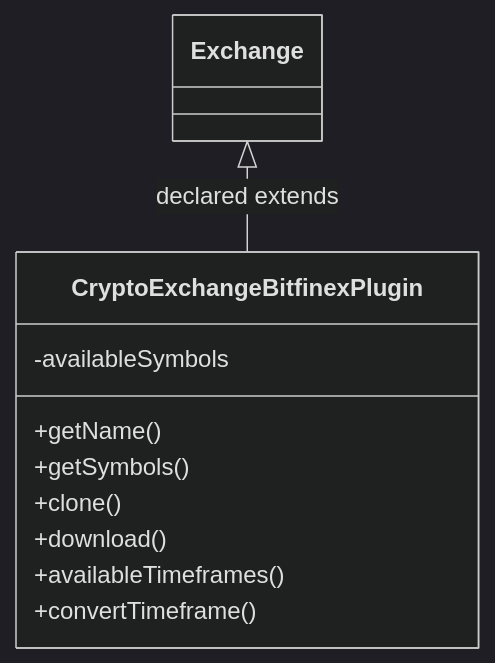
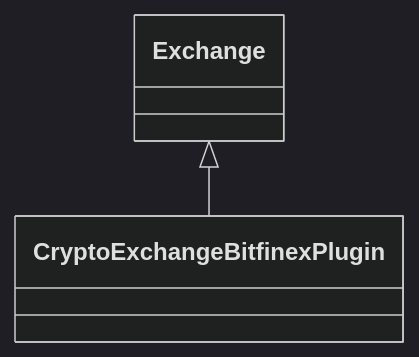
The diagram in docs/sqx/DataManager/CryptoExchangeBitfinex.md (haruperi/HaruQuantAI), drawn with Mermaid (dark theme) before and after one commit. The commit also changed other lines of this file and 1688 other files, not shown here.

````diff
--- a/docs/sqx/DataManager/CryptoExchangeBitfinex.md
+++ b/docs/sqx/DataManager/CryptoExchangeBitfinex.md
@@ -30,14 +26,6 @@
 ```mermaid
 classDiagram
-    class C0e09c0fe3c7f["CryptoExchangeBitfinexPlugin"] {
-        -availableSymbols
-        +getName()
-        +getSymbols()
-        +clone()
-        +download()
-        +availableTimeframes()
-        +convertTimeframe()
-    }
-    class Cdc5bf0b36300["Exchange"]
-    Cdc5bf0b36300 <|-- C0e09c0fe3c7f : declared extends
+    class C0["CryptoExchangeBitfinexPlugin"]
+    class E0["Exchange"]
+    E0 <|-- C0
 ```
````
